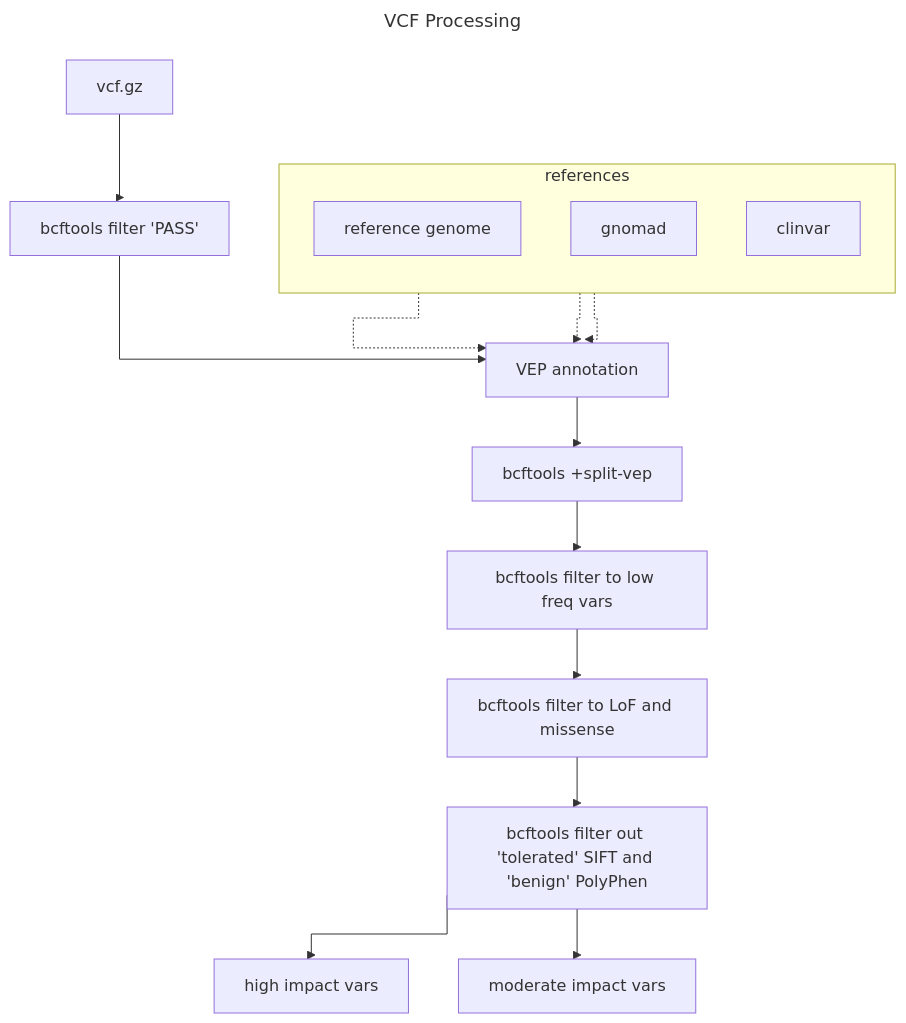
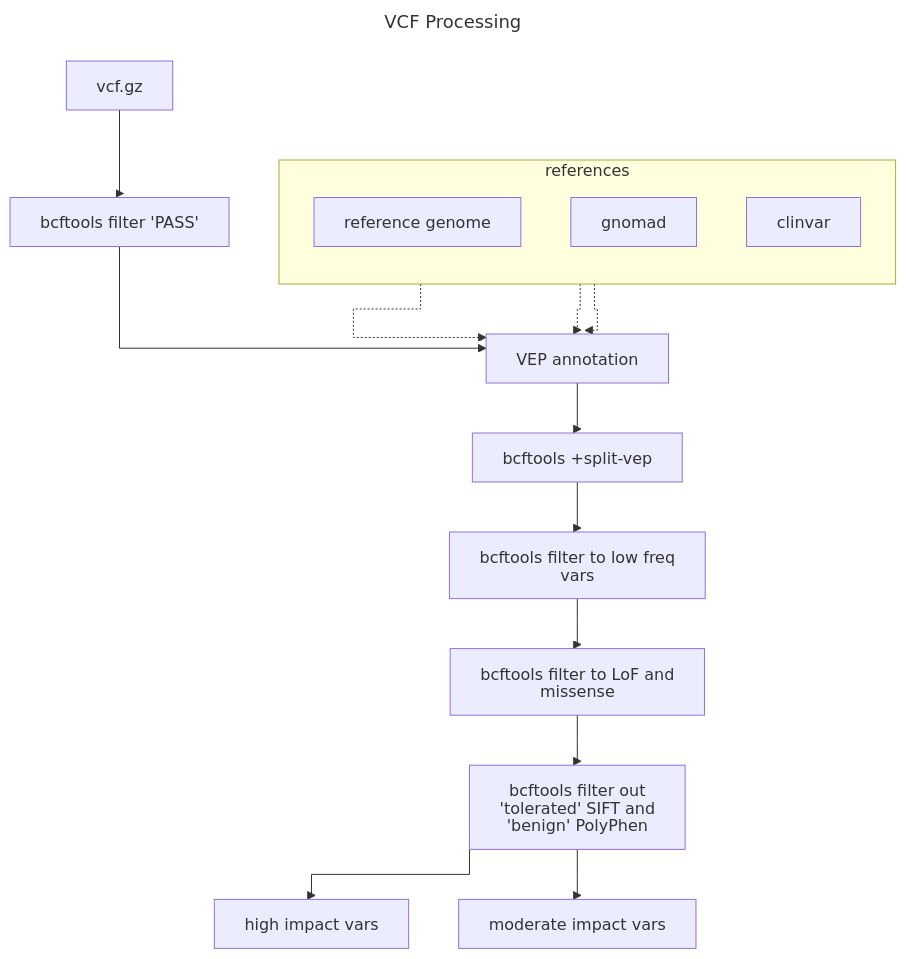
One commit to JReneWong/Xocolatl_MX changed the second of 2 diagrams in README.md. Above: the diagram before and after it, drawn with Mermaid. The commit also changed other lines of this file, not shown here.

Commit message:
update mermaid charts

````diff
--- a/README.md
+++ b/README.md
@@ -46,28 +47,29 @@
 ```mermaid
 ---
 title: VCF Processing
 config:
+  htmlLabels: false
   flowchart:
     curve: stepBefore
 ---
 flowchart TB
   vcf.gz --> filterpass[bcftools filter 'PASS']
   filterpass --> vep[VEP annotation]
   vep --> splitvep[bcftools +split-vep]
   splitvep --> lowfreqvar[bcftools filter to low freq vars]
   lowfreqvar --> synonymous[bcftools filter to LoF and missense]
   synonymous --> siftpolyphen[bcftools filter out 'tolerated' SIFT and 'benign' PolyPhen]
   siftpolyphen --> highimpact[high impact vars]
   siftpolyphen --> moderateimpact[moderate impact vars]
 
   subgraph references
     direction TB
     refgenome[reference genome]
     gnomad
     clinvar
   end
 
   refgenome[reference genome] -.-> vep
   gnomad -.-> vep
   clinvar -.-> vep
 ```
````
